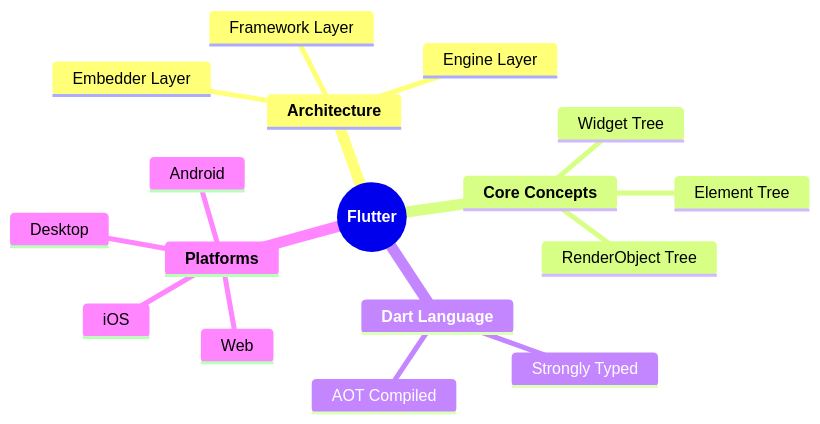
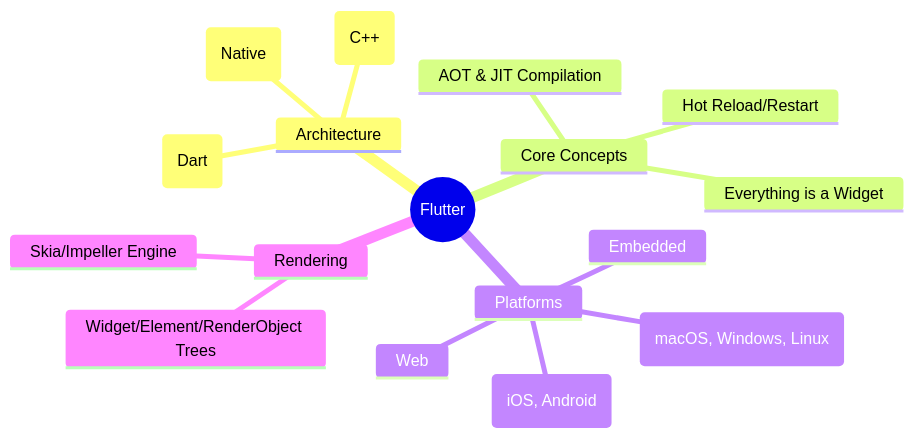
The first of 3 diagrams in Flutter/Concepts/1. Introduction to Flutter.md (HuyAnh4258/Obsidian), drawn with Mermaid before and after one commit. The commit also changed other lines of this file and 366 other files, not shown here.

````diff
--- a/Flutter/Concepts/1. Introduction to Flutter.md
+++ b/Flutter/Concepts/1. Introduction to Flutter.md
@@ -22,20 +22,20 @@
 ```mermaid
 mindmap
-  root((**Flutter**))
-    **Architecture**
-      Framework Layer
-      Engine Layer
-      Embedder Layer
-    **Core Concepts**
-      Widget Tree
-      Element Tree
-      RenderObject Tree
-    **Dart Language**
-      Strongly Typed
-      AOT Compiled
-    **Platforms**
-      Android
-      iOS
+  root((Flutter))
+    Architecture
+      Framework (Dart)
+      Engine (C++)
+      Embedder (Native)
+    Core Concepts
+      Everything is a Widget
+      Hot Reload/Restart
+      AOT & JIT Compilation
+    Platforms
+      Mobile (iOS, Android)
       Web
-      Desktop
+      Desktop (macOS, Windows, Linux)
+      Embedded
+    Rendering
+      Skia/Impeller Engine
+      Widget/Element/RenderObject Trees
 ```
````
